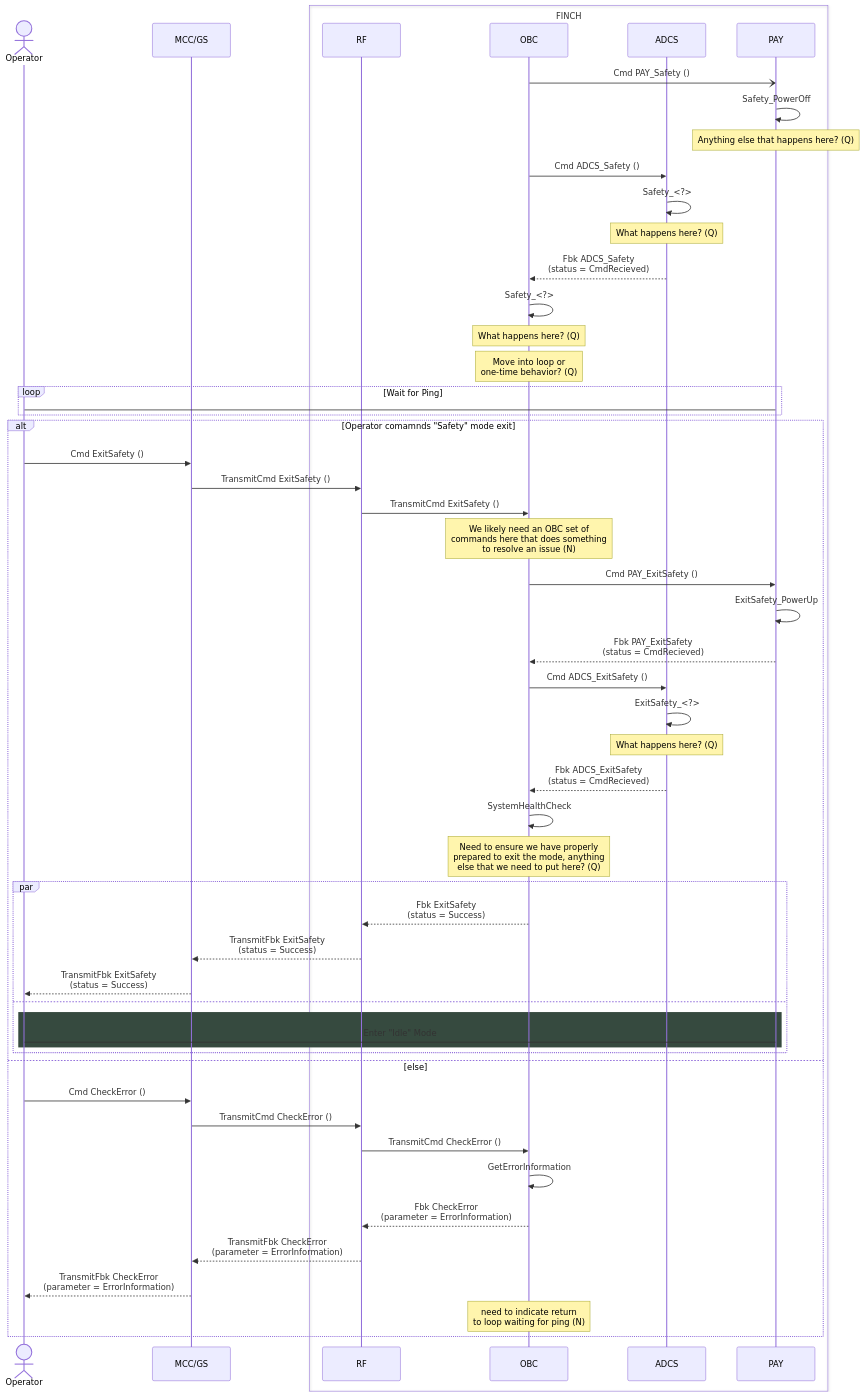
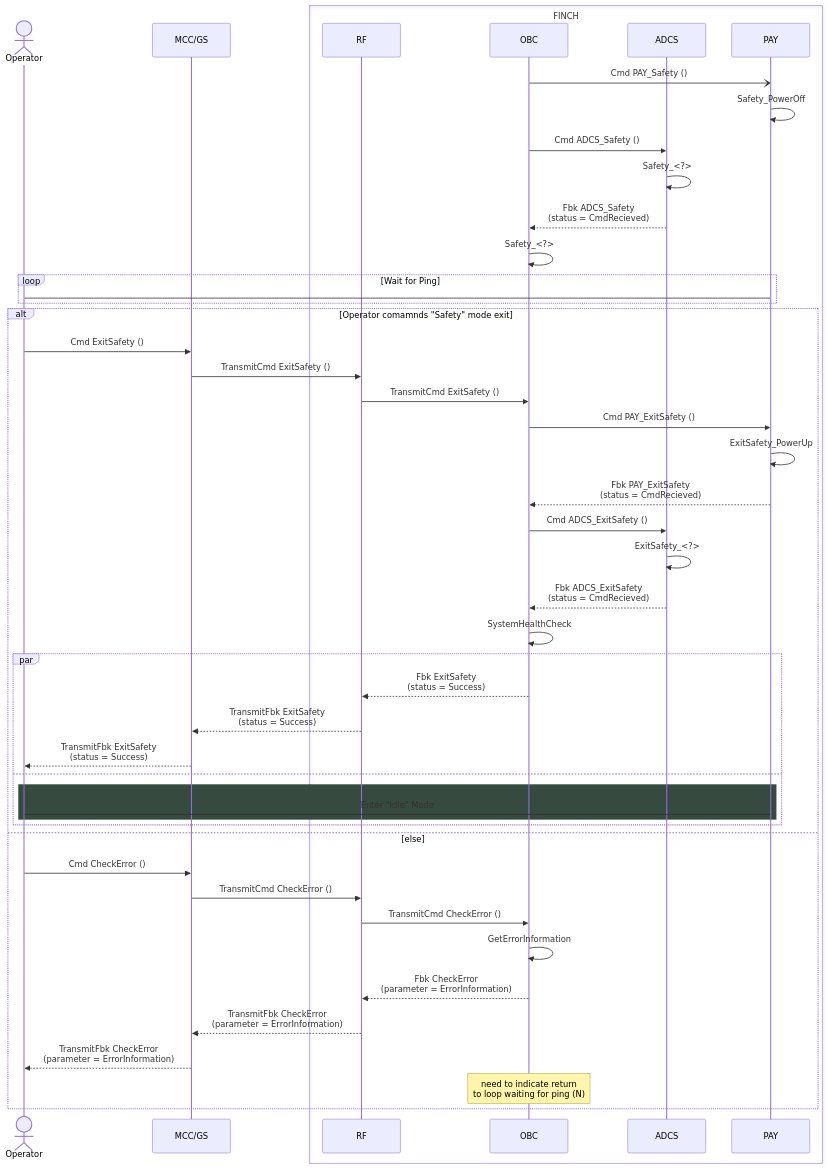
The diagram in command sequences/safety-command.md (Addy-lit/FINCH-system-architecture), drawn with Mermaid before and after one commit.

````diff
--- a/command sequences/safety-command.md
+++ b/command sequences/safety-command.md
@@ -2,68 +2,60 @@
 ```mermaid
 sequenceDiagram
     Actor Operator
     participant MCC/GS
     box FINCH
 	participant RF
     	participant OBC
     	participant ADCS
     	participant PAY
 	end
 
     OBC -) PAY: Cmd PAY_Safety ()
     PAY ->> PAY: Safety_PowerOff
-	note over PAY: Anything else that happens here? (Q)
   
     OBC ->> ADCS: Cmd ADCS_Safety ()
     ADCS ->> ADCS: Safety_<?>
-	note over ADCS: What happens here? (Q)
     ADCS -->> OBC: Fbk ADCS_Safety <br> (status = CmdRecieved)
 
 
     OBC ->> OBC: Safety_<?>
-    note over OBC: What happens here? (Q)
-	note over OBC: Move into loop or <br> one-time behavior? (Q)
 
     loop Wait for Ping
         Operator -> PAY: 
     end
 	
 	alt Operator comamnds "Safety" mode exit
 		Operator ->> MCC/GS: Cmd ExitSafety ()
 		MCC/GS ->> RF: TransmitCmd ExitSafety ()
 		RF ->> OBC: TransmitCmd ExitSafety ()
 
-		note over OBC: We likely need an OBC set of <br> commands here that does something <br> to resolve an issue (N)
-
-        OBC ->> PAY: Cmd PAY_ExitSafety ()
-        PAY ->> PAY: ExitSafety_PowerUp
-        PAY -->> OBC: Fbk PAY_ExitSafety <br> (status = CmdRecieved)
+ 	   OBC ->> PAY: Cmd PAY_ExitSafety ()
+	    PAY ->> PAY: ExitSafety_PowerUp
+	    PAY -->> OBC: Fbk PAY_ExitSafety <br> (status = CmdRecieved)
   
-        OBC ->> ADCS: Cmd ADCS_ExitSafety ()
-        ADCS ->> ADCS: ExitSafety_<?>
-        note over ADCS: What happens here? (Q)
-        ADCS -->> OBC: Fbk ADCS_ExitSafety <br> (status = CmdRecieved)
+ 	   OBC ->> ADCS: Cmd ADCS_ExitSafety ()
+	    ADCS ->> ADCS: ExitSafety_<?>
+	    ADCS -->> OBC: Fbk ADCS_ExitSafety <br> (status = CmdRecieved)
 
 		OBC ->> OBC: SystemHealthCheck
-		note over OBC: Need to ensure we have properly <br> prepared to exit the mode, anything <br> else that we need to put here? (Q)
 
 		par
 			OBC -->> RF: Fbk ExitSafety <br> (status = Success)
 			RF -->> MCC/GS: TransmitFbk ExitSafety <br> (status = Success)
 			MCC/GS -->> Operator: TransmitFbk ExitSafety <br> (status = Success)
 		and
 			rect rgb(54,74,63)
 				Operator -> PAY: Enter "Idle" Mode
 			end
 		end
 	else else
 		Operator ->> MCC/GS: Cmd CheckError ()
 		MCC/GS ->> RF: TransmitCmd CheckError ()
 		RF ->> OBC: TransmitCmd CheckError ()
 		OBC ->> OBC: GetErrorInformation
 		OBC -->> RF: Fbk CheckError <br> (parameter = ErrorInformation)
 		RF -->> MCC/GS: TransmitFbk CheckError <br> (parameter = ErrorInformation)
 		MCC/GS -->> Operator: TransmitFbk CheckError <br> (parameter = ErrorInformation)
 		note over OBC: need to indicate return <br> to loop waiting for ping (N)
 	end
 ```
````
